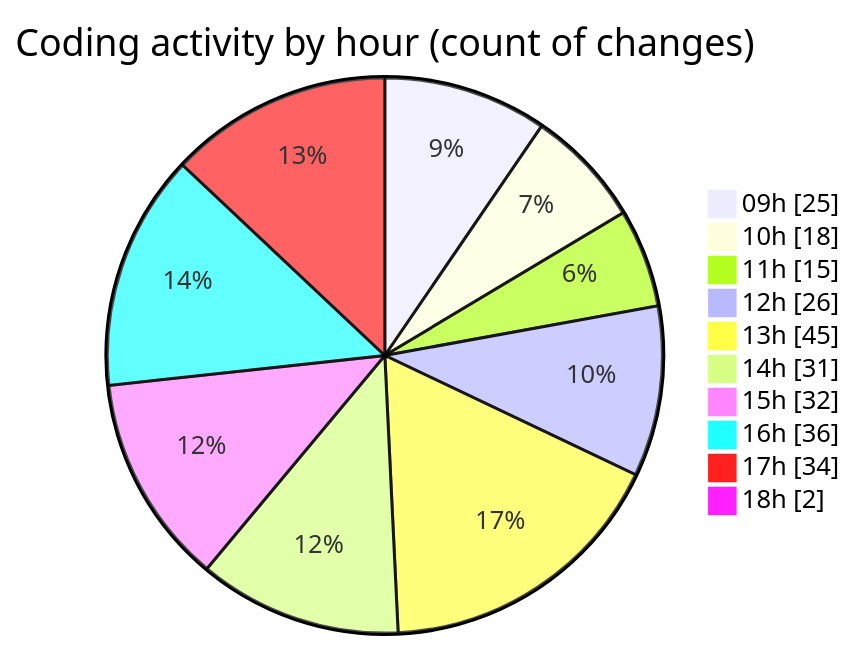
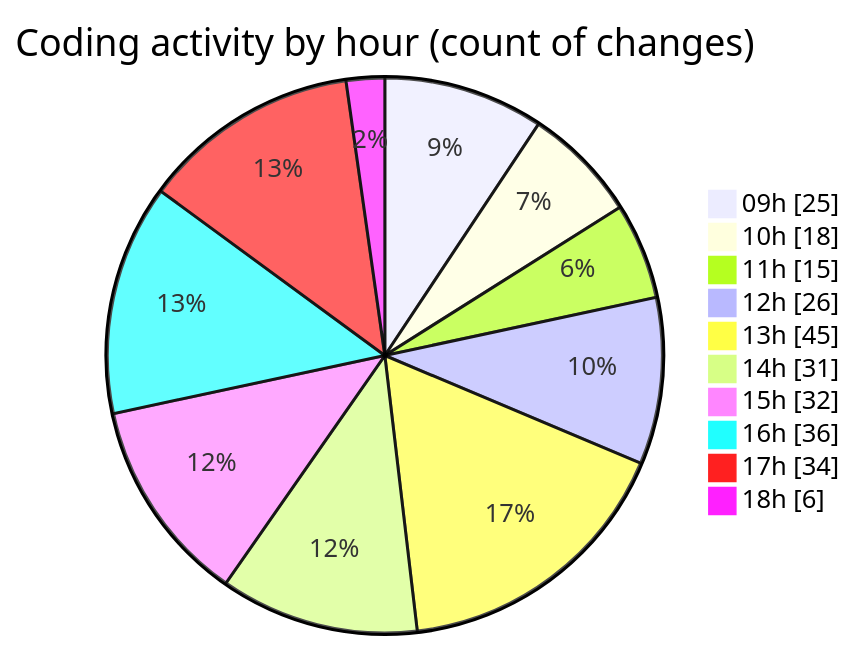
One commit to momahboobian/code-tracking changed the second of 2 diagrams in 2025-03-13/cda/README.md. Above: the diagram before and after it, drawn with Mermaid. The commit also changed other lines of this file and 1 other file, not shown here.

````diff
--- a/2025-03-13/cda/README.md
+++ b/2025-03-13/cda/README.md
@@ -44,14 +44,14 @@
 ```mermaid
 pie showData
 title Coding activity by hour (count of changes)
 "09h" : 25
 "10h" : 18
 "11h" : 15
 "12h" : 26
 "13h" : 45
 "14h" : 31
 "15h" : 32
 "16h" : 36
 "17h" : 34
-"18h" : 2
+"18h" : 6
 ```
````
